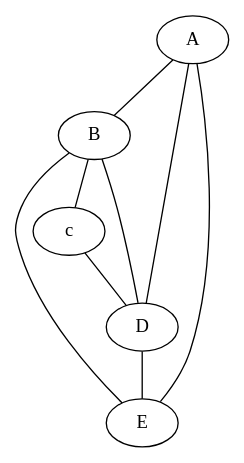
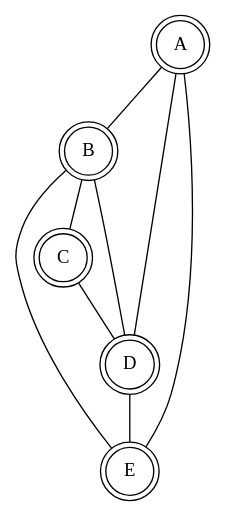
The diagram in euleriano.gv (VinceBenassi/BenassiF-Repositorio), drawn with Graphviz before and after one commit. The commit also changed 9 other files, not shown here.

```diff
--- a/euleriano.gv
+++ b/euleriano.gv
@@ -1,18 +1,26 @@
 graph G {
+	node [shape=doublecircle]
 	A
 	A -- B
+	node [shape=doublecircle]
 	B
-	B -- c
-	c
-	c -- D
+	B -- C
+	node [shape=doublecircle]
+	C
+	C -- D
+	node [shape=doublecircle]
 	D
 	D -- E
+	node [shape=doublecircle]
 	E
 	E -- B
+	node [shape=doublecircle]
 	B
 	B -- D
+	node [shape=doublecircle]
 	D
 	D -- A
+	node [shape=doublecircle]
 	A
 	A -- E
 }
```
